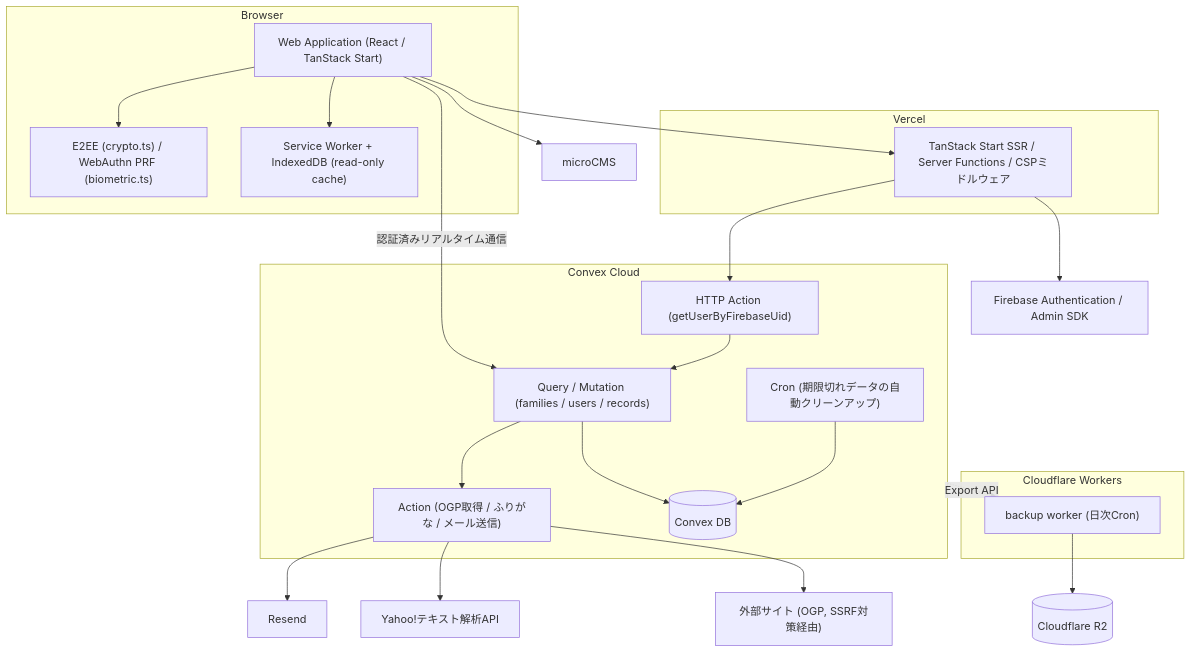
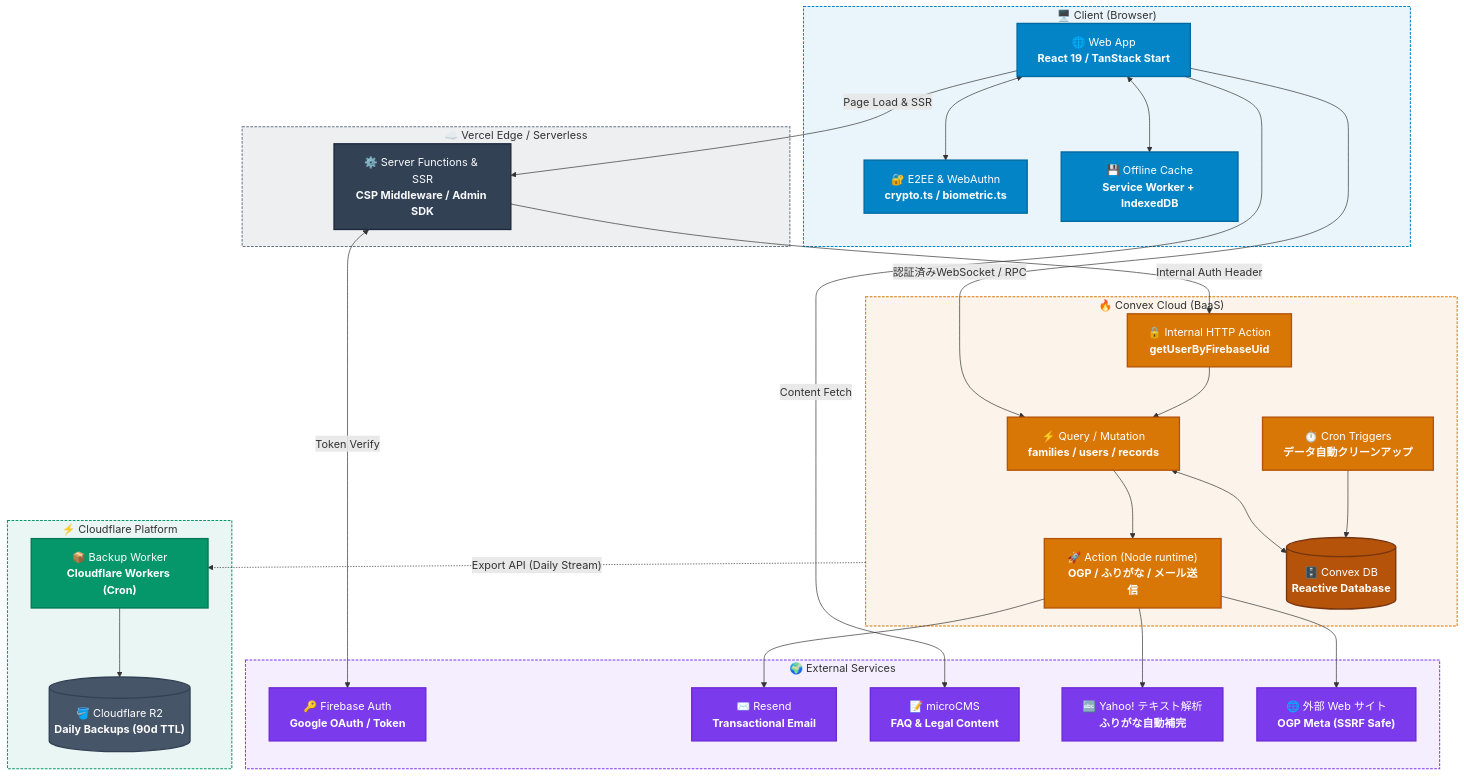
The diagram in .docs/architecture.md (luthpg/poohma), drawn with Mermaid before and after one commit. The commit also changed other lines of this file and 14 other files, not shown here.

First line of the commit message:
﻿docs: ドキュメントの .docs/ への統一・Mermaid図の刷新とリンク修正

````diff
--- a/.docs/architecture.md
+++ b/.docs/architecture.md
@@ -64,48 +62,74 @@
 ```mermaid
 flowchart TB
-    subgraph Client["Browser"]
-        WebApp["Web Application (React / TanStack Start)"]
-        Crypto["E2EE (crypto.ts) / WebAuthn PRF (biometric.ts)"]
-        IDB["Service Worker + IndexedDB (read-only cache)"]
+    %% ==========================================
+    %% Theme & Class Definitions (Dark/Light Safe)
+    %% ==========================================
+    classDef clientNode fill:#0284c7,stroke:#0369a1,stroke-width:2px,color:#ffffff;
+    classDef ssrNode fill:#334155,stroke:#1e293b,stroke-width:2px,color:#f8fafc;
+    classDef convexNode fill:#d97706,stroke:#b45309,stroke-width:2px,color:#ffffff;
+    classDef dbNode fill:#b45309,stroke:#78350f,stroke-width:2px,color:#ffffff;
+    classDef workerNode fill:#059669,stroke:#047857,stroke-width:2px,color:#ffffff;
+    classDef extNode fill:#7c3aed,stroke:#6d28d9,stroke-width:2px,color:#ffffff;
+    classDef storageNode fill:#475569,stroke:#334155,stroke-width:2px,color:#ffffff;
+
+    %% ==========================================
+    %% Subgraphs
+    %% ==========================================
+    subgraph Client["🖥️ Client (Browser)"]
+        WebApp["🌐 Web App<br/><b>React 19 / TanStack Start</b>"]:::clientNode
+        Crypto["🔐 E2EE & WebAuthn<br/><b>crypto.ts / biometric.ts</b>"]:::clientNode
+        IDB["💾 Offline Cache<br/><b>Service Worker + IndexedDB</b>"]:::clientNode
     end
 
-    subgraph VercelHost["Vercel"]
-        SSR["TanStack Start SSR / Server Functions / CSPミドルウェア"]
+    subgraph VercelHost["☁️ Vercel Edge / Serverless"]
+        SSR["⚙️ Server Functions & SSR<br/><b>CSP Middleware / Admin SDK</b>"]:::ssrNode
     end
 
-    subgraph ConvexCloud["Convex Cloud"]
-        Fn["Query / Mutation (families / users / records)"]
-        Action["Action (OGP取得 / ふりがな / メール送信)"]
-        Http["HTTP Action (getUserByFirebaseUid)"]
-        Cron["Cron (期限切れデータの自動クリーンアップ)"]
-        DB[("Convex DB")]
+    subgraph ConvexCloud["🔥 Convex Cloud (BaaS)"]
+        Fn["⚡ Query / Mutation<br/><b>families / users / records</b>"]:::convexNode
+        Action["🚀 Action (Node runtime)<br/><b>OGP / ふりがな / メール送信</b>"]:::convexNode
+        Http["🔒 Internal HTTP Action<br/><b>getUserByFirebaseUid</b>"]:::convexNode
+        Cron["⏱️ Cron Triggers<br/><b>データ自動クリーンアップ</b>"]:::convexNode
+        DB[("🗄️ Convex DB<br/><b>Reactive Database</b>")]:::dbNode
     end
 
-    subgraph CFWorker["Cloudflare Workers"]
-        Backup["backup worker (日次Cron)"]
+    subgraph CFWorker["⚡ Cloudflare Platform"]
+        Backup["📦 Backup Worker<br/><b>Cloudflare Workers (Cron)</b>"]:::workerNode
+        R2[("🪣 Cloudflare R2<br/><b>Daily Backups (90d TTL)</b>")]:::storageNode
     end
 
-    Firebase["Firebase Authentication / Admin SDK"]
-    Resend["Resend"]
-    MicroCMS["microCMS"]
-    Yahoo["Yahoo!テキスト解析API"]
-    ExtSite["外部サイト (OGP, SSRF対策経由)"]
-    R2[("Cloudflare R2")]
+    subgraph ExtServices["🌍 External Services"]
+        Firebase["🔑 Firebase Auth<br/><b>Google OAuth / Token</b>"]:::extNode
+        Resend["✉️ Resend<br/><b>Transactional Email</b>"]:::extNode
+        MicroCMS["📝 microCMS<br/><b>FAQ & Legal Content</b>"]:::extNode
+        Yahoo["🔤 Yahoo! テキスト解析<br/><b>ふりがな自動補完</b>"]:::extNode
+        ExtSite["🌐 外部 Web サイト<br/><b>OGP Meta (SSRF Safe)</b>"]:::extNode
+    end
 
-    WebApp --> Crypto
-    WebApp --> IDB
-    WebApp --> SSR
-    SSR --> Firebase
-    WebApp -->|認証済みリアルタイム通信| Fn
-    Fn --> DB
+    %% ==========================================
+    %% Connections
+    %% ==========================================
+    WebApp <--> Crypto
+    WebApp <--> IDB
+    WebApp -->|Page Load & SSR| SSR
+    SSR <-->|Token Verify| Firebase
+    WebApp -->|認証済みWebSocket / RPC| Fn
+    Fn <--> DB
     Fn --> Action
     Action --> Resend
     Action --> Yahoo
     Action --> ExtSite
-    SSR --> Http
+    SSR -->|Internal Auth Header| Http
     Http --> Fn
     Cron --> DB
-    ConvexCloud -.Export API.-> Backup
+    ConvexCloud -.Export API (Daily Stream).-> Backup
     Backup --> R2
-    WebApp --> MicroCMS
+    WebApp -->|Content Fetch| MicroCMS
+
+    %% Subgraph Styling
+    style Client fill:#0284c715,stroke:#0284c7,stroke-width:1.5px,stroke-dasharray: 4 2;
+    style VercelHost fill:#33415515,stroke:#64748b,stroke-width:1.5px,stroke-dasharray: 4 2;
+    style ConvexCloud fill:#d9770615,stroke:#d97706,stroke-width:1.5px,stroke-dasharray: 4 2;
+    style CFWorker fill:#05966915,stroke:#059669,stroke-width:1.5px,stroke-dasharray: 4 2;
+    style ExtServices fill:#7c3aed15,stroke:#7c3aed,stroke-width:1.5px,stroke-dasharray: 4 2;
 ```
````
